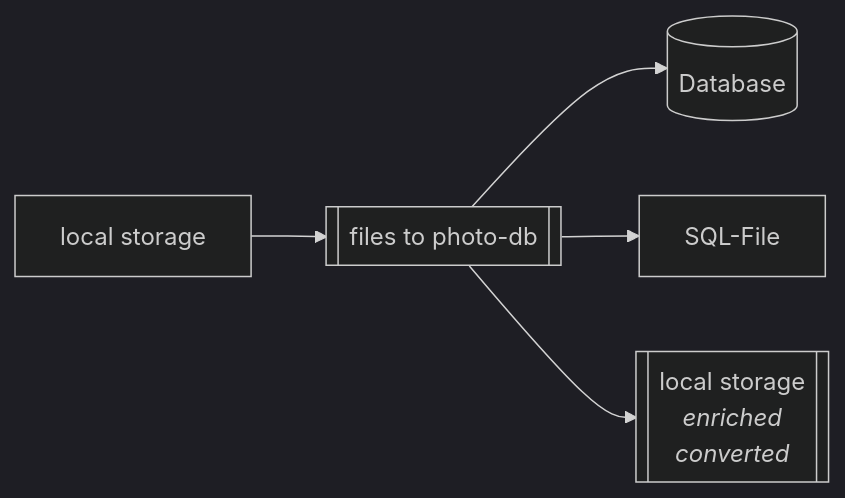
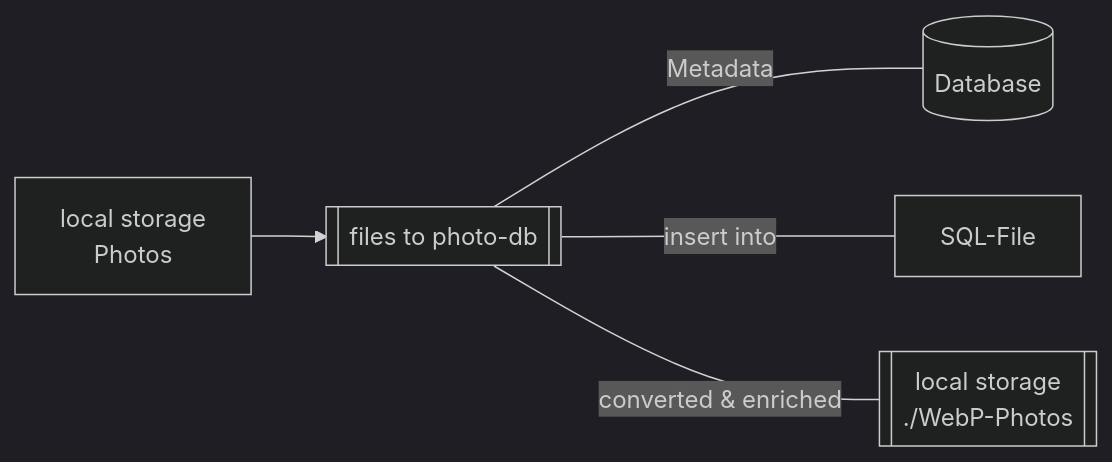
One commit to Zheng-Bote/qt_files_photo-gallery changed the fifth of 6 diagrams in README.md. Above: the diagram before and after it, drawn with Mermaid (dark theme). The commit also changed other lines of this file, not shown here.

Commit message:
upd: Mermaid

````diff
--- a/README.md
+++ b/README.md
@@ -427,9 +427,9 @@
 ```mermaid
 flowchart LR;
-  A[local storage] --> B[[files to photo-db]]
-  B --> C[(Database)]
-  B --> D[SQL-File]
-  B --> S[["`local storage
-  _enriched_
-  _converted_`"]]
+  A["`local storage
+  Photos`"] --> B[[files to photo-db]]
+  B-- Metadata ---C[(Database)]
+  B-- "insert into" ---D[SQL-File]
+  B-- "converted & enriched" ---S[["`local storage
+  ./WebP-Photos`"]]
 ```
````
